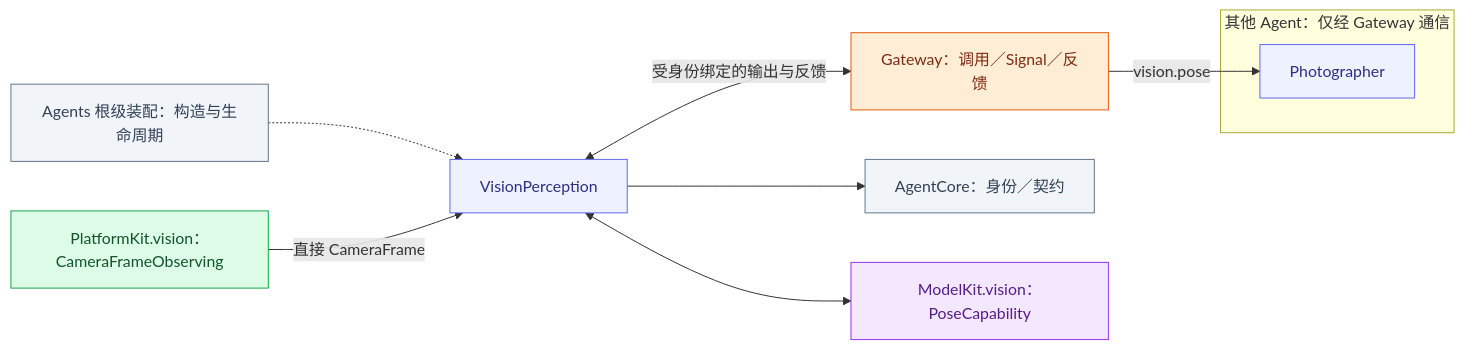
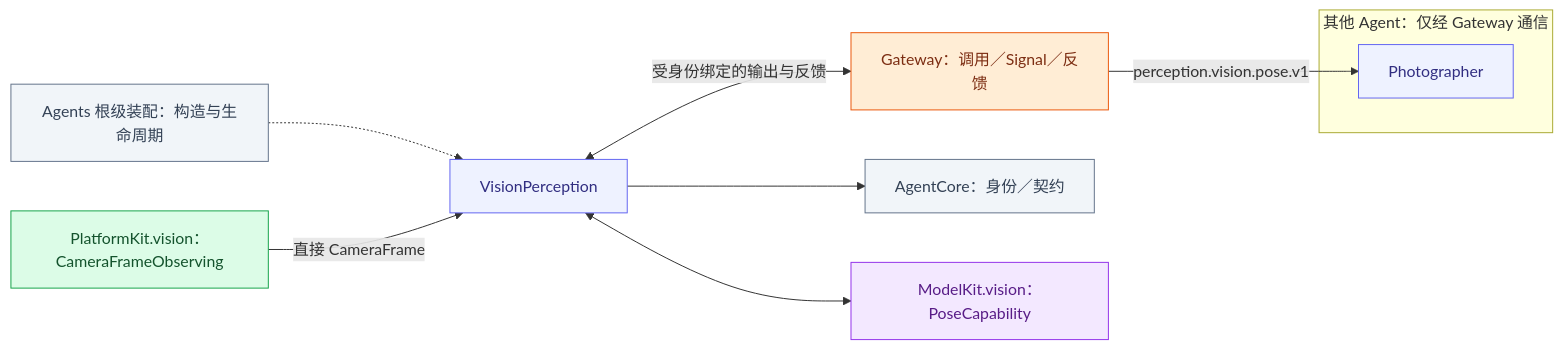
Before and after one commit to devilyouwei/MobileHarness: the first of 2 diagrams in MobileHarness/Agents/VisionPerception/README.md, drawn with Mermaid. The commit also changed other lines of this file and 23 other files, not shown here.

````diff
--- a/MobileHarness/Agents/VisionPerception/README.md
+++ b/MobileHarness/Agents/VisionPerception/README.md
@@ -30,27 +34,27 @@
 ```mermaid
 flowchart LR
  A["VisionPerception"]:::agent
  G["Gateway：调用／Signal／反馈"]:::gateway
  C["AgentCore：身份／契约"]:::host
  H["Agents 根级装配：构造与生命周期"]:::host
  H -.-> A
  A --> C
  A <-->|"受身份绑定的输出与反馈"| G
  P["PlatformKit.vision：CameraFrameObserving"]:::platform
  P -->|"直接 CameraFrame"| A
  M["ModelKit.vision：PoseCapability"]:::model
  A <--> M
  subgraph Peers["其他 Agent：仅经 Gateway 通信"]
  PH["Photographer"]:::agent
  end
- G -->|"vision.pose"| PH
+ G -->|"perception.vision.pose.v1"| PH
 
  classDef ui fill:#e0f2fe,stroke:#0284c7,color:#0c4a6e
  classDef platform fill:#dcfce7,stroke:#16a34a,color:#14532d
  classDef model fill:#f3e8ff,stroke:#9333ea,color:#581c87
  classDef storage fill:#fef3c7,stroke:#d97706,color:#78350f
  classDef agent fill:#eef2ff,stroke:#6366f1,color:#312e81
  classDef gateway fill:#ffedd5,stroke:#ea580c,color:#7c2d12
  classDef action fill:#ffe4e6,stroke:#e11d48,color:#881337
  classDef host fill:#f1f5f9,stroke:#64748b,color:#334155
 ```
````
